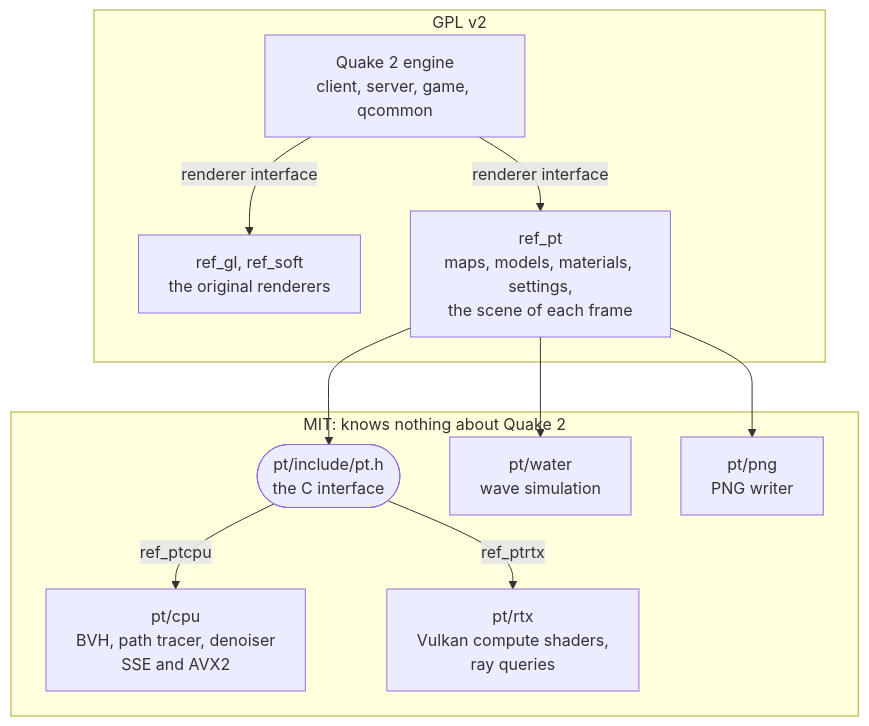
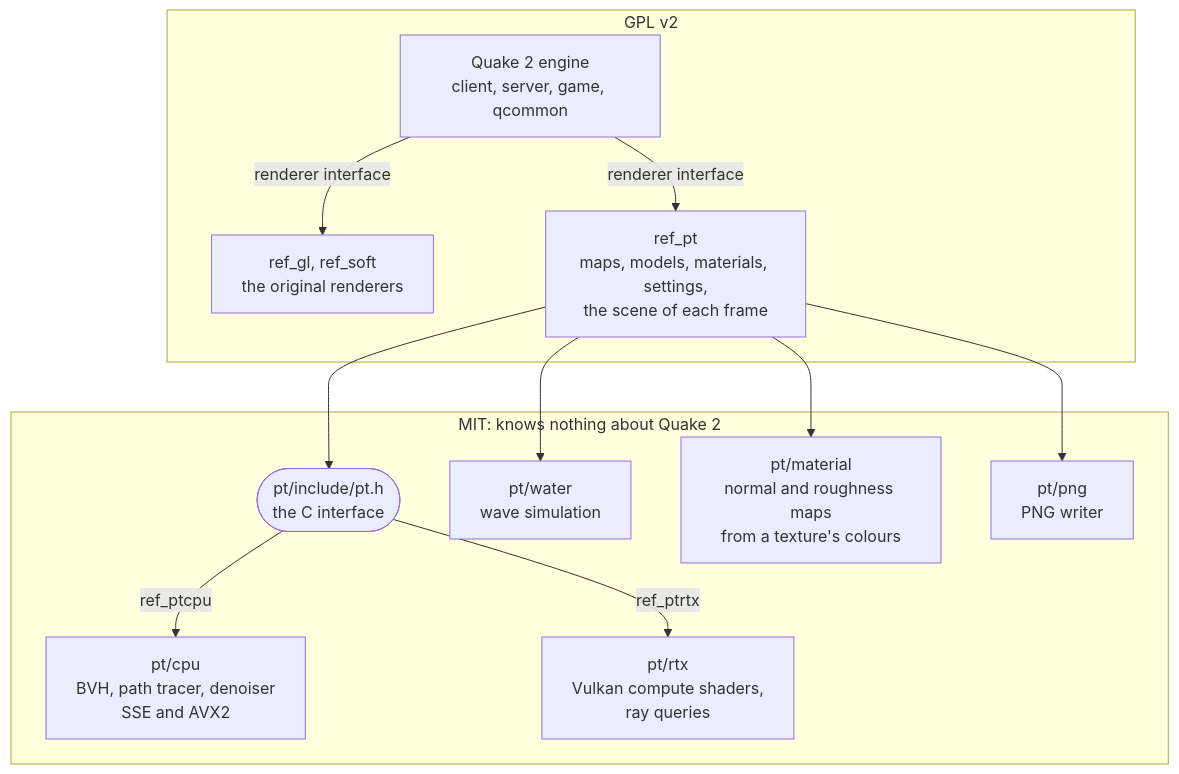
One commit to jferguson-tech/q2pt changed the first of 2 diagrams in README.md. Above: the diagram before and after it, drawn with Mermaid.

Commit message:
README: pt/material in the diagram of the parts (#39)
Text only. The diagram was drawn with the Mermaid command line tool to check it; how GitHub draws it was not looked at.

````diff
--- a/README.md
+++ b/README.md
@@ -256,22 +256,24 @@
 ```mermaid
 flowchart TD
     subgraph gpl["GPL v2"]
         engine["Quake 2 engine<br/>client, server, game, qcommon"]
         old["ref_gl, ref_soft<br/>the original renderers"]
         refpt["ref_pt<br/>maps, models, materials, settings,<br/>the scene of each frame"]
     end
     subgraph mit["MIT: knows nothing about Quake 2"]
         api(["pt/include/pt.h<br/>the C interface"])
         cpu["pt/cpu<br/>BVH, path tracer, denoiser<br/>SSE and AVX2"]
         rtx["pt/rtx<br/>Vulkan compute shaders,<br/>ray queries"]
         water["pt/water<br/>wave simulation"]
+        material["pt/material<br/>normal and roughness maps<br/>from a texture's colours"]
         png["pt/png<br/>PNG writer"]
     end
     engine -- "renderer interface" --> old
     engine -- "renderer interface" --> refpt
     refpt --> api
     api -- "ref_ptcpu" --> cpu
     api -- "ref_ptrtx" --> rtx
     refpt --> water
+    refpt --> material
     refpt --> png
 ```
````
